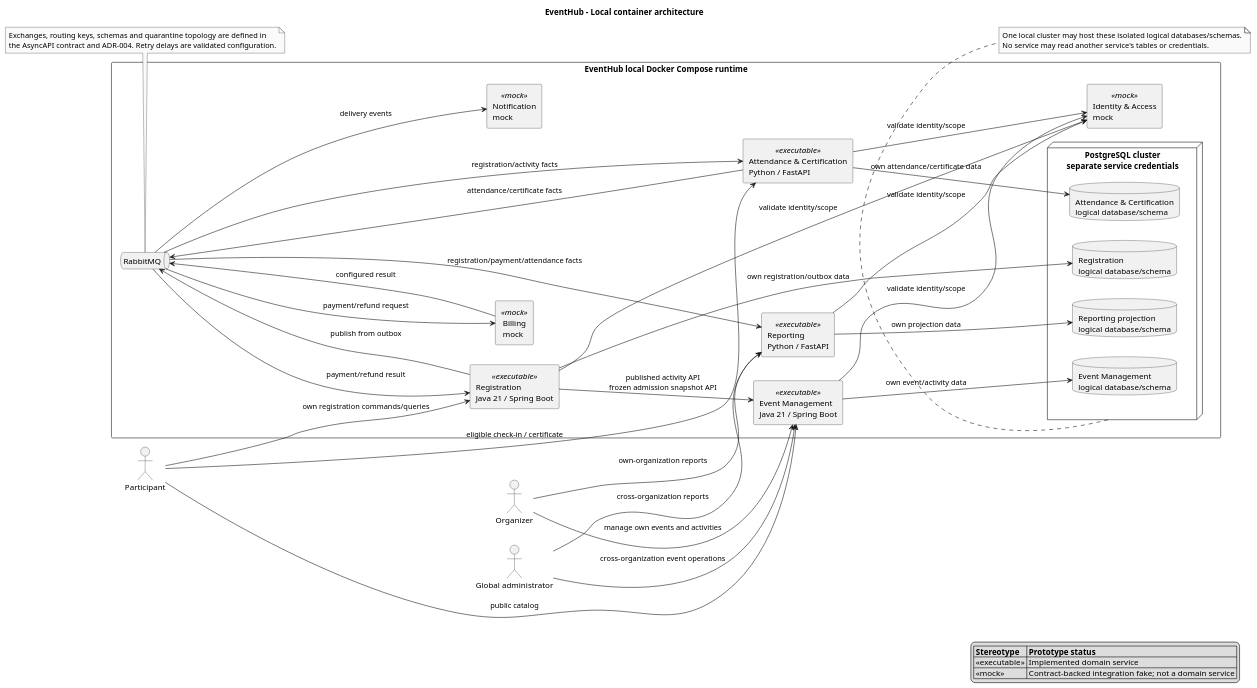
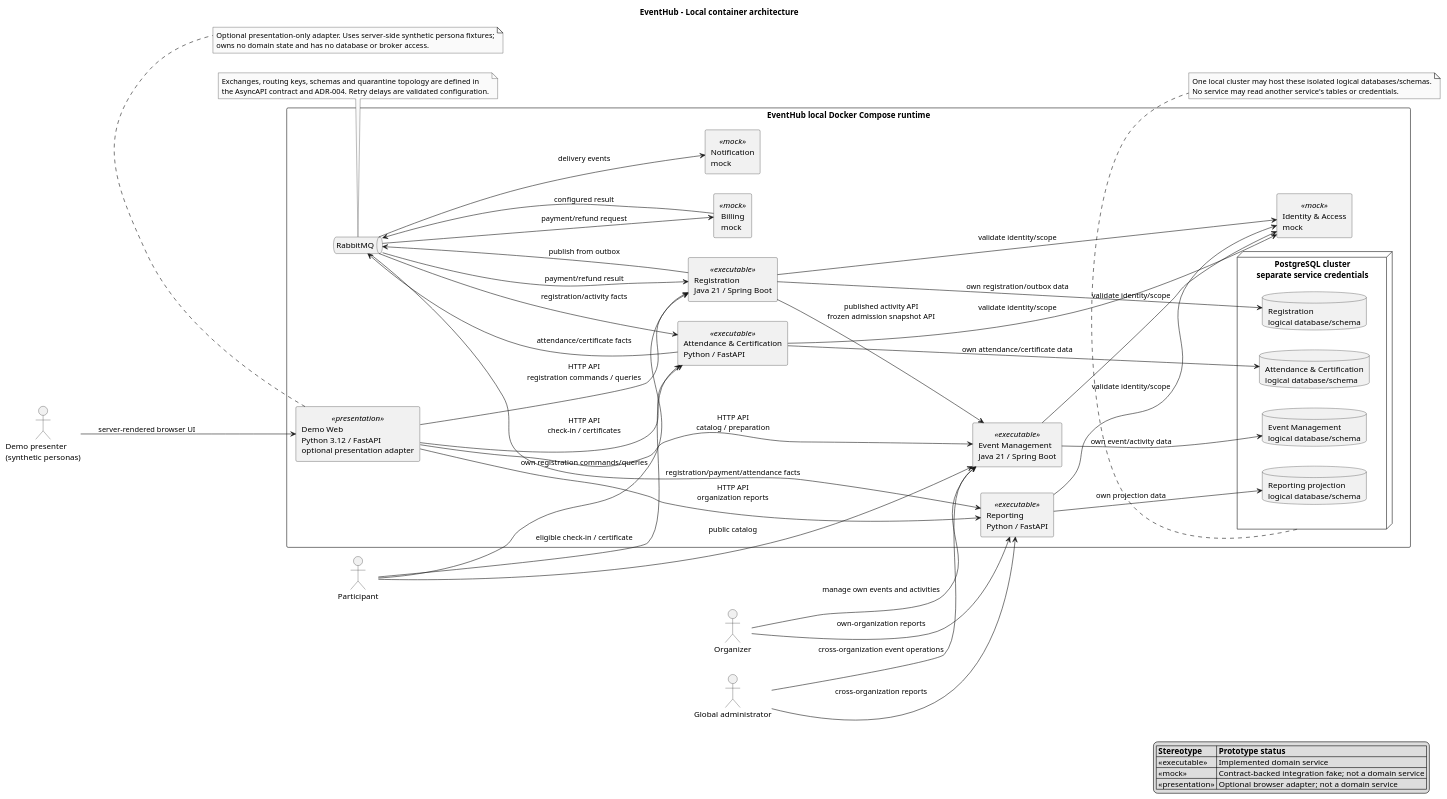
The diagram in docs/architecture/containers.puml (nosredna123/uece_2026-2_arq_trab2), drawn with PlantUML before and after one commit. The commit also changed 15 other files, not shown here.

```diff
--- a/docs/architecture/containers.puml
+++ b/docs/architecture/containers.puml
@@ -1,75 +1,89 @@
 @startuml
 title EventHub - Local container architecture
 left to right direction
 skinparam componentStyle rectangle
 skinparam packageStyle rectangle
 skinparam shadowing false
 skinparam monochrome true
 
 actor Participant
 actor Organizer
 actor "Global administrator" as GlobalAdmin
+actor "Demo presenter\n(synthetic personas)" as DemoPresenter
 
 rectangle "EventHub local Docker Compose runtime" {
   component "Identity & Access\nmock" as Identity <<mock>>
   component "Event Management\nJava 21 / Spring Boot" as Events <<executable>>
   component "Registration\nJava 21 / Spring Boot" as Registration <<executable>>
   component "Billing\nmock" as Billing <<mock>>
   component "Notification\nmock" as Notification <<mock>>
   component "Attendance & Certification\nPython / FastAPI" as Attendance <<executable>>
   component "Reporting\nPython / FastAPI" as Reporting <<executable>>
+  component "Demo Web\nPython 3.12 / FastAPI\noptional presentation adapter" as DemoWeb <<presentation>>
 
   queue "RabbitMQ" as RabbitMQ
 
   node "PostgreSQL cluster\nseparate service credentials" as PostgreSQL {
     database "Event Management\nlogical database/schema" as EventData
     database "Registration\nlogical database/schema" as RegistrationData
     database "Attendance & Certification\nlogical database/schema" as AttendanceData
     database "Reporting projection\nlogical database/schema" as ReportingData
   }
 }
 
 Participant --> Events : public catalog
 Participant --> Registration : own registration commands/queries
 Participant --> Attendance : eligible check-in / certificate
 Organizer --> Events : manage own events and activities
 Organizer --> Reporting : own-organization reports
 GlobalAdmin --> Events : cross-organization event operations
 GlobalAdmin --> Reporting : cross-organization reports
+DemoPresenter --> DemoWeb : server-rendered browser UI
+
+DemoWeb --> Events : HTTP API\ncatalog / preparation
+DemoWeb --> Registration : HTTP API\nregistration commands / queries
+DemoWeb --> Attendance : HTTP API\ncheck-in / certificates
+DemoWeb --> Reporting : HTTP API\norganization reports
 
 Events --> Identity : validate identity/scope
 Registration --> Identity : validate identity/scope
 Attendance --> Identity : validate identity/scope
 Reporting --> Identity : validate identity/scope
 
 Events --> EventData : own event/activity data
 Registration --> RegistrationData : own registration/outbox data
 Attendance --> AttendanceData : own attendance/certificate data
 Reporting --> ReportingData : own projection data
 
 Registration --> Events : published activity API\nfrozen admission snapshot API
 Registration --> RabbitMQ : publish from outbox
 RabbitMQ --> Billing : payment/refund request
 Billing --> RabbitMQ : configured result
 RabbitMQ --> Registration : payment/refund result
 RabbitMQ --> Notification : delivery events
 RabbitMQ --> Attendance : registration/activity facts
 Attendance --> RabbitMQ : attendance/certificate facts
 RabbitMQ --> Reporting : registration/payment/attendance facts
 
 note bottom of PostgreSQL
 One local cluster may host these isolated logical databases/schemas.
 No service may read another service's tables or credentials.
 end note
 
 note bottom of RabbitMQ
 Exchanges, routing keys, schemas and quarantine topology are defined in
 the AsyncAPI contract and ADR-004. Retry delays are validated configuration.
 end note
 
+note bottom of DemoWeb
+Optional presentation-only adapter. Uses server-side synthetic persona fixtures;
+owns no domain state and has no database or broker access.
+end note
+
 legend right
 |= Stereotype |= Prototype status |
 | <<executable>> | Implemented domain service |
 | <<mock>> | Contract-backed integration fake; not a domain service |
+| <<presentation>> | Optional browser adapter; not a domain service |
 endlegend
 @enduml
```
